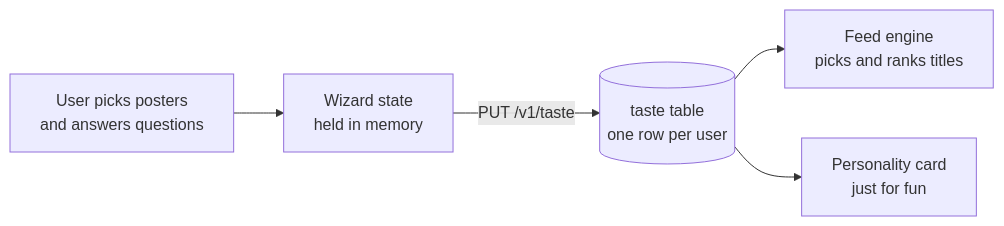
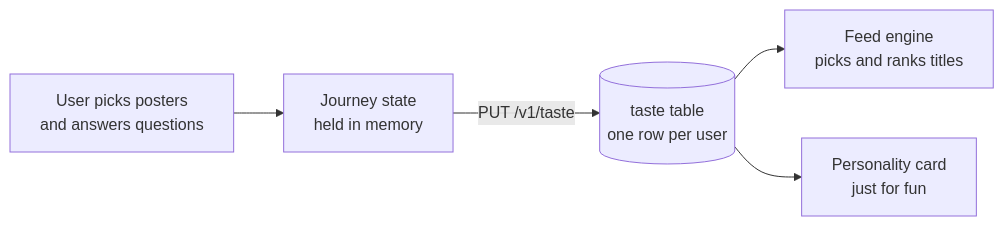
One commit to Nicky-Sa/meowie-reactnative changed the first of 2 diagrams in features/taste/how-taste-works.md. Above: the diagram before and after it, drawn with Mermaid. The commit also changed other lines of this file and 38 other files, not shown here.

````diff
--- a/features/taste/how-taste-works.md
+++ b/features/taste/how-taste-works.md
@@ -14,7 +14,7 @@
 ```mermaid
 flowchart LR
-    A[User picks posters<br/>and answers questions] --> B[Wizard state<br/>held in memory]
+    A[User picks posters<br/>and answers questions] --> B[Journey state<br/>held in memory]
     B -->|PUT /v1/taste| C[(taste table<br/>one row per user)]
     C --> D[Feed engine<br/>picks and ranks titles]
     C --> E[Personality card<br/>just for fun]
 ```
````
